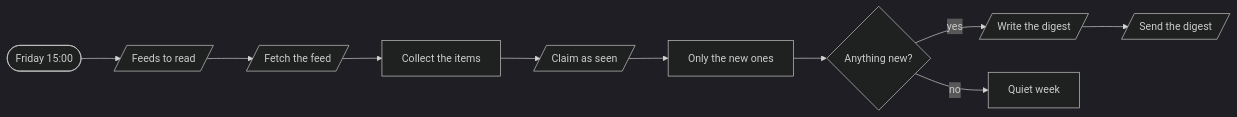
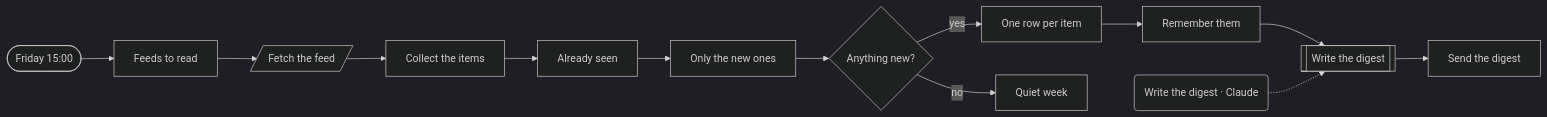
Before and after one commit to kimjoshuadr/n8n-workflows: the first of 4 diagrams in workflows/content/README.md, drawn with Mermaid (dark theme). The commit also changed other lines of this file and 184 other files, not shown here.

Commit message:
Finish the move to named platforms: blocks, BambooHR, generated README, schema and platform marks

````diff
--- a/workflows/content/README.md
+++ b/workflows/content/README.md
@@ -17,22 +15,28 @@
 ```mermaid
 flowchart LR
   n18s4xj0(["Friday 15:00"])
-  n1s8aw21[/"Feeds to read"/]
+  n1s8aw21["Feeds to read"]
   nsg4hoa[/"Fetch the feed"/]
   n45a4k4["Collect the items"]
-  nroz94u[/"Claim as seen"/]
+  nt0lp7u["Already seen"]
   n1pfmd3d["Only the new ones"]
   nqlf16e{"Anything new?"}
-  nw95j6j[/"Write the digest"/]
-  n1fo2yuc[/"Send the digest"/]
+  n108p84d["One row per item"]
+  n1t8u3uw["Remember them"]
+  nw95j6j[["Write the digest"]]
+  n1ij4y24("Write the digest · Claude")
+  n1fo2yuc["Send the digest"]
   nrfpjgn["Quiet week"]
   n18s4xj0 --> n1s8aw21
   n1s8aw21 --> nsg4hoa
   nsg4hoa --> n45a4k4
-  n45a4k4 --> nroz94u
-  nroz94u --> n1pfmd3d
+  n45a4k4 --> nt0lp7u
+  nt0lp7u --> n1pfmd3d
   n1pfmd3d --> nqlf16e
-  nqlf16e -->|yes| nw95j6j
+  nqlf16e -->|yes| n108p84d
+  n108p84d --> n1t8u3uw
+  n1t8u3uw --> nw95j6j
   nw95j6j --> n1fo2yuc
   nqlf16e -->|no| nrfpjgn
+  n1ij4y24 -.-> nw95j6j
 ```
````
